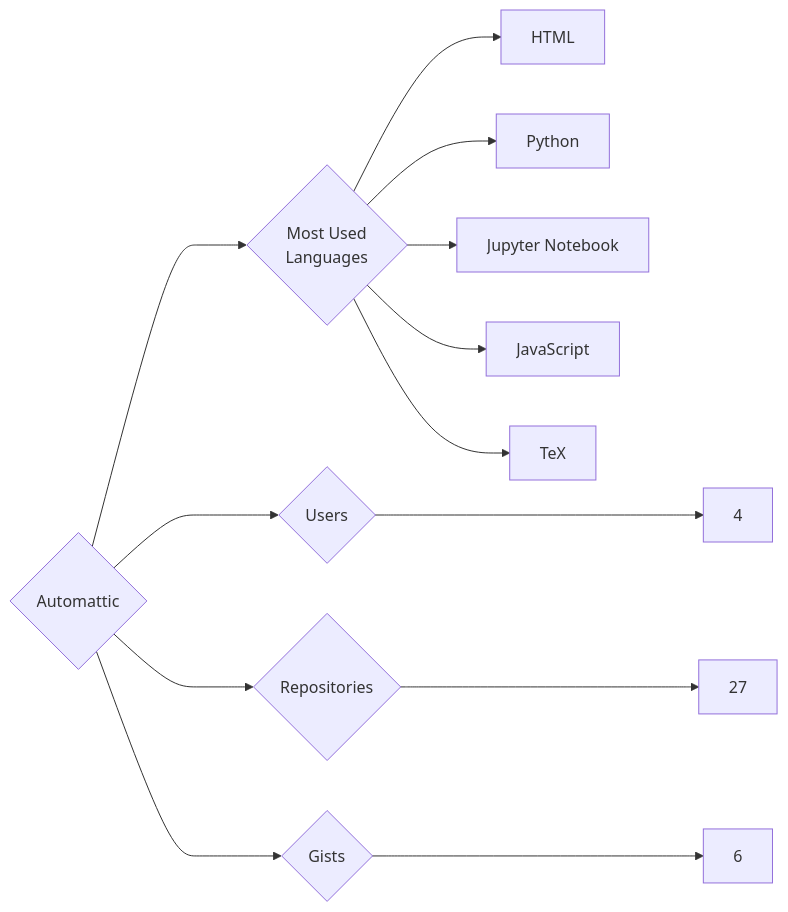
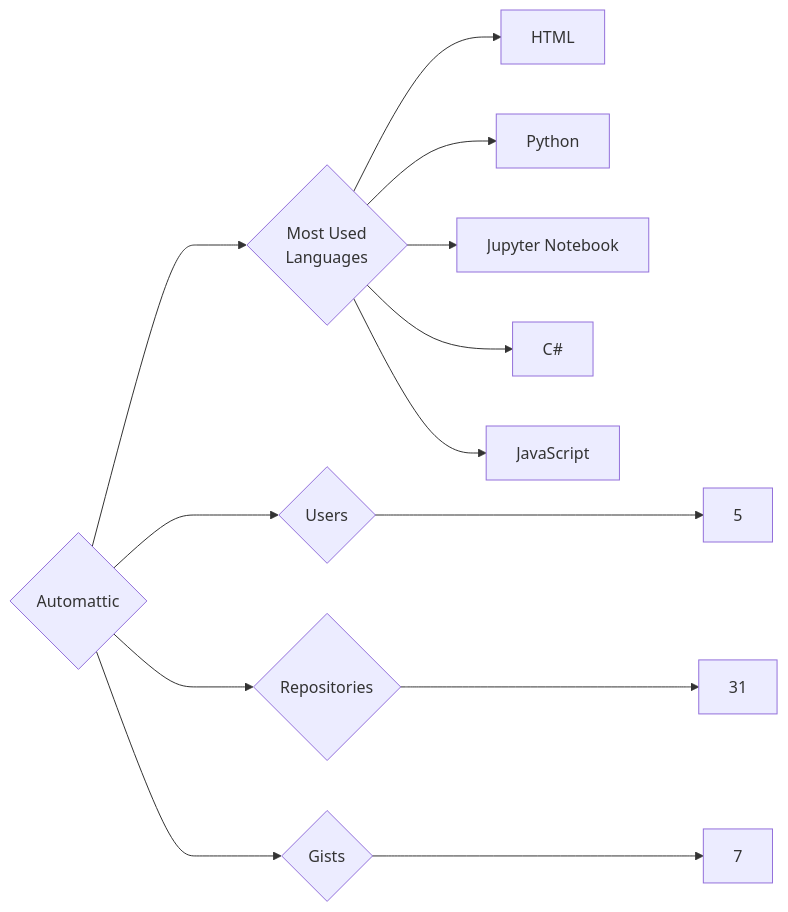
Before and after one commit to trickest/insiders: the diagram in targets/Automattic/README.md, drawn with Mermaid. The commit also changed 865 other files, not shown here.

````diff
--- a/targets/Automattic/README.md
+++ b/targets/Automattic/README.md
@@ -3,13 +3,13 @@
 ```mermaid
 graph LR
 COMPANY_NAME{Automattic}
-COMPANY_NAME ---> U{Users} ---> UN[4]
-COMPANY_NAME ---> R{Repositories} ---> RN[27]
-COMPANY_NAME ---> G{Gists} ---> GN[6]
+COMPANY_NAME ---> U{Users} ---> UN[5]
+COMPANY_NAME ---> R{Repositories} ---> RN[31]
+COMPANY_NAME ---> G{Gists} ---> GN[7]
 COMPANY_NAME ---> ML{Most Used<br>Languages}
 ML --> HTML[HTML]
 ML --> Python[Python]
 ML --> Jupyter_Notebook[Jupyter Notebook]
+ML --> C#[C#]
 ML --> JavaScript[JavaScript]
-ML --> TeX[TeX]
 ```
````
